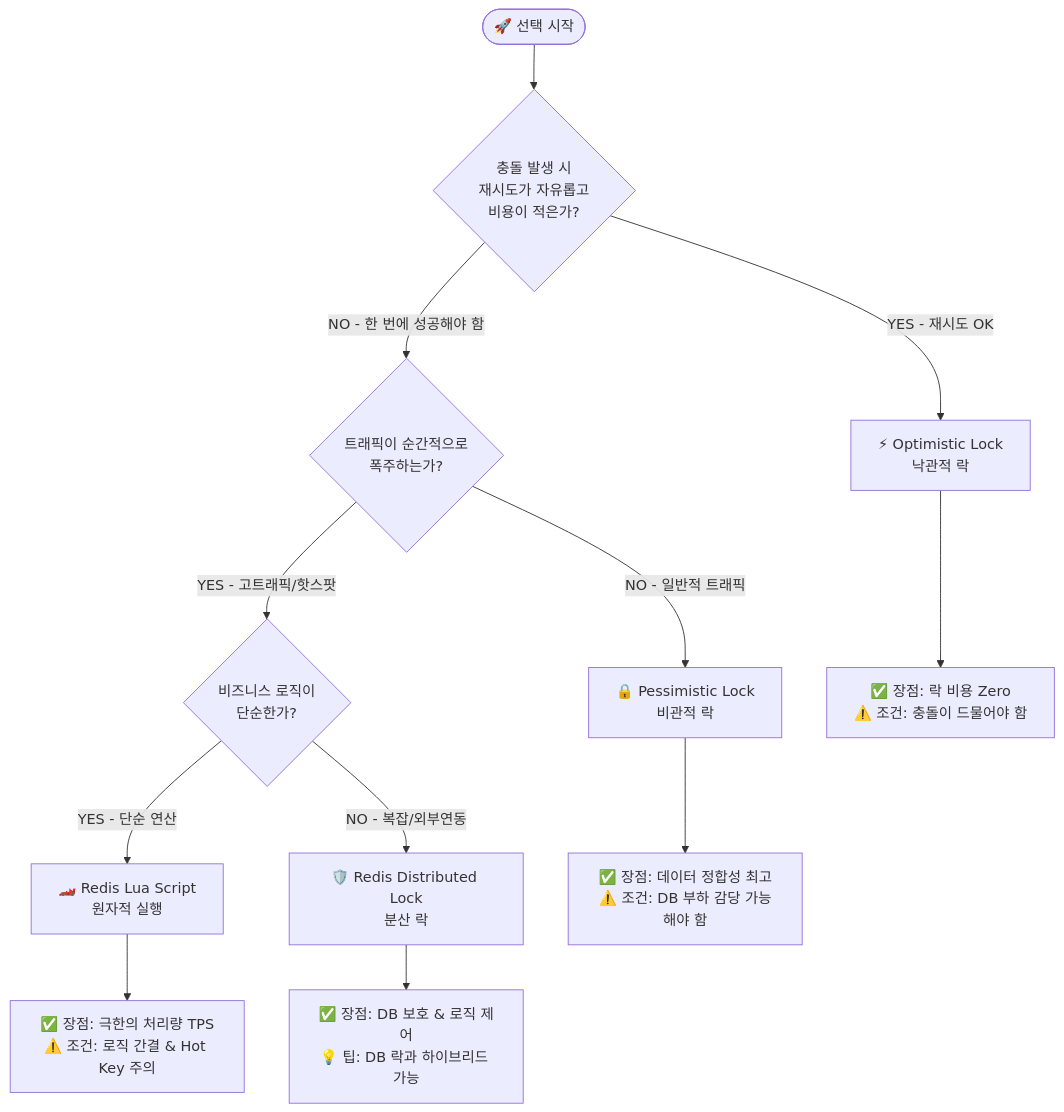
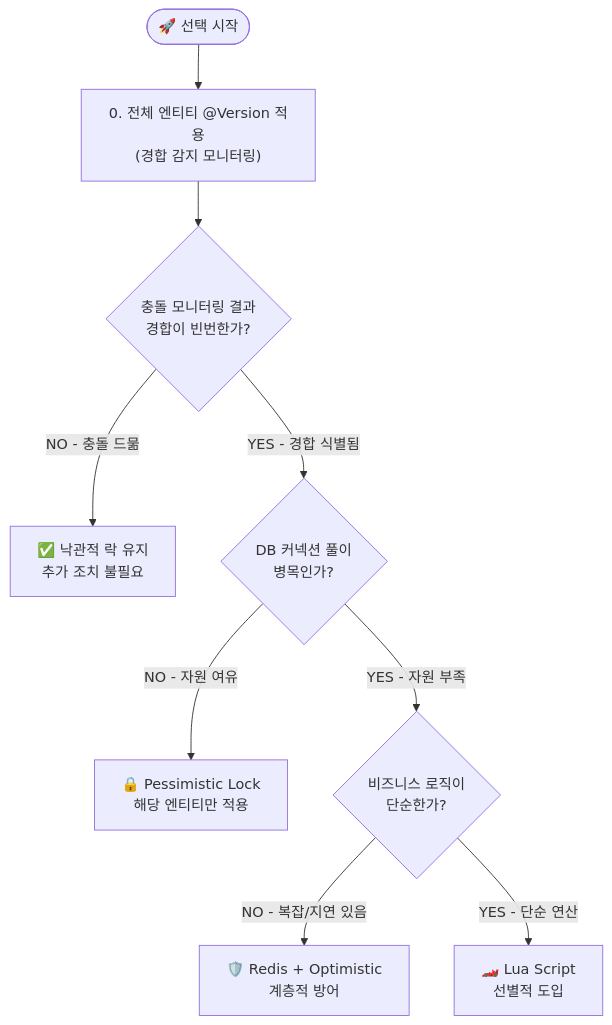
Before and after one commit to JuJin1324/concurrency-control-poc: the diagram in docs/operations/PRACTICAL_GUIDE.md, drawn with Mermaid. The commit also changed other lines of this file and 2 other files, not shown here.

````diff
--- a/docs/operations/PRACTICAL_GUIDE.md
+++ b/docs/operations/PRACTICAL_GUIDE.md
@@ -12,18 +37,15 @@
 ```mermaid
 flowchart TD
-    Start([🚀 선택 시작]) --> Q1{충돌 발생 시<br/>재시도가 자유롭고<br/>비용이 적은가?}
-    
-    Q1 -- "YES - 재시도 OK" --> Optimistic["⚡ Optimistic Lock<br/>낙관적 락"]
-    Q1 -- "NO - 한 번에 성공해야 함" --> Q2{트래픽이 순간적으로<br/>폭주하는가?}
-    
-    Q2 -- "NO - 일반적 트래픽" --> Pessimistic["🔒 Pessimistic Lock<br/>비관적 락"]
-    Q2 -- "YES - 고트래픽/핫스팟" --> Q3{비즈니스 로직이<br/>단순한가?}
-    
-    Q3 -- "YES - 단순 연산" --> LuaScript["🏎️ Redis Lua Script<br/>원자적 실행"]
-    Q3 -- "NO - 복잡/외부연동" --> RedisLock["🛡️ Redis Distributed Lock<br/>분산 락"]
-    
-    Optimistic --> Result1["✅ 장점: 락 비용 Zero<br/>⚠️ 조건: 충돌이 드물어야 함"]
-    Pessimistic --> Result2["✅ 장점: 데이터 정합성 최고<br/>⚠️ 조건: DB 부하 감당 가능해야 함"]
-    LuaScript --> Result3["✅ 장점: 극한의 처리량 TPS<br/>⚠️ 조건: 로직 간결 & Hot Key 주의"]
-    RedisLock --> Result4["✅ 장점: DB 보호 & 로직 제어<br/>💡 팁: DB 락과 하이브리드 가능"]
+    Start([🚀 선택 시작]) --> Base["0. 전체 엔티티 @Version 적용<br/>(경합 감지 모니터링)"]
+
+    Base --> Monitor{"충돌 모니터링 결과<br/>경합이 빈번한가?"}
+
+    Monitor -- "NO - 충돌 드묾" --> Keep["✅ 낙관적 락 유지<br/>추가 조치 불필요"]
+    Monitor -- "YES - 경합 식별됨" --> Q1{DB 커넥션 풀이<br/>병목인가?}
+
+    Q1 -- "NO - 자원 여유" --> Pessimistic["🔒 Pessimistic Lock<br/>해당 엔티티만 적용"]
+    Q1 -- "YES - 자원 부족" --> Q2{비즈니스 로직이<br/>단순한가?}
+
+    Q2 -- "NO - 복잡/지연 있음" --> RedisOpt["🛡️ Redis + Optimistic<br/>계층적 방어"]
+    Q2 -- "YES - 단순 연산" --> LuaScript["🏎️ Lua Script<br/>선별적 도입"]
 ```
````
